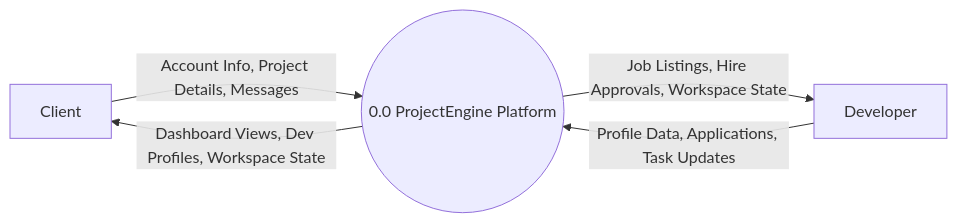
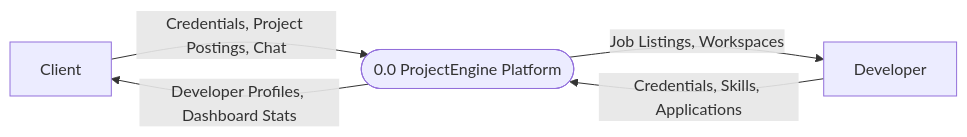
One commit to qhmed67/ReadmeTest changed the first of 5 diagrams in README.md. Above: the diagram before and after it, drawn with Mermaid. The commit also changed other lines of this file, not shown here.

````diff
--- a/README.md
+++ b/README.md
@@ -99,12 +91,12 @@
 ```mermaid
 flowchart LR
     Client[Client]
     Dev[Developer]
-    Sys((0.0 ProjectEngine Platform))
+    Sys([0.0 ProjectEngine Platform])
 
-    Client -- "Account Info, Project Details, Messages" --> Sys
-    Sys -- "Dashboard Views, Dev Profiles, Workspace State" --> Client
+    Client -- "Credentials, Project Postings, Chat" --> Sys
+    Sys -- "Developer Profiles, Dashboard Stats" --> Client
 
-    Dev -- "Profile Data, Applications, Task Updates" --> Sys
-    Sys -- "Job Listings, Hire Approvals, Workspace State" --> Dev
+    Dev -- "Credentials, Skills, Applications" --> Sys
+    Sys -- "Job Listings, Workspaces" --> Dev
 ```
````
